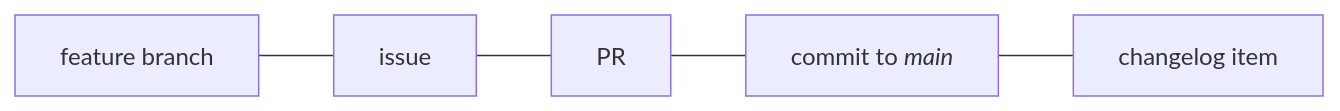
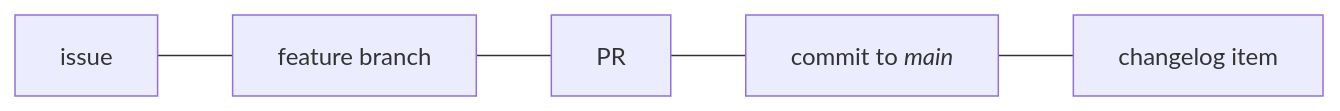
Before and after one commit to dmyersturnbull/dmyersturnbull.github.io: the first of 3 diagrams in contents/ref/maintainer-guide.md, drawn with Mermaid. The commit also changed other lines of this file and 56 other files, not shown here.

````diff
--- a/contents/ref/maintainer-guide.md
+++ b/contents/ref/maintainer-guide.md
@@ -31,4 +39,4 @@
 ```mermaid
 flowchart LR
-  A[feature branch] --- B[issue] --- C[PR] --- D[commit to <i>main</i>] --- E[changelog item]
+  A[issue] --- B[feature branch] --- C[PR] --- D[commit to <i>main</i>] --- E[changelog item]
 ```
````
